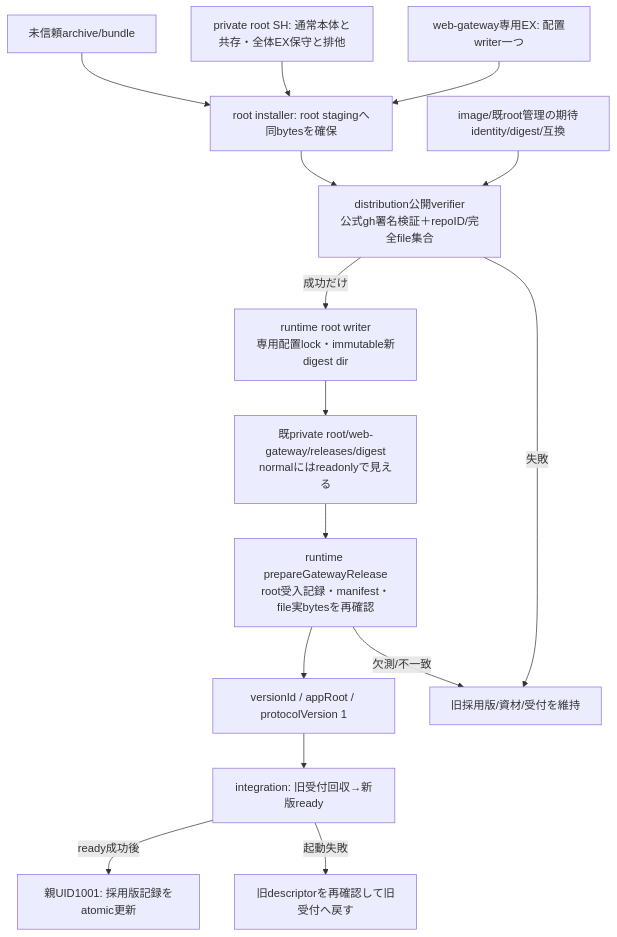
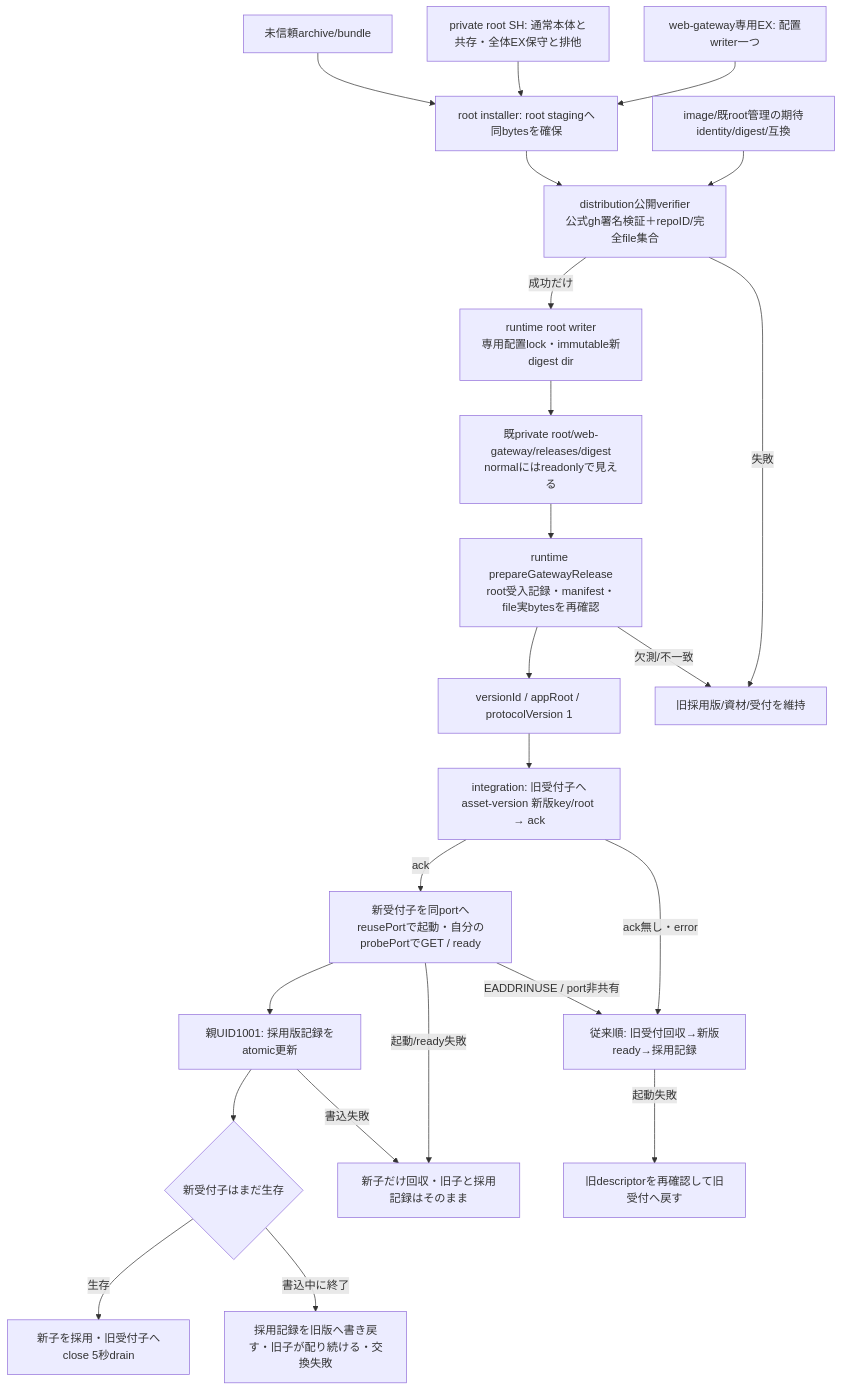
The first of 3 diagrams in docs/architecture/modules/runtime/web-gateway-release.md (kitepon/BellTeam), drawn with Mermaid before and after one commit. The commit also changed other lines of this file and 3 other files, not shown here.

````diff
--- a/docs/architecture/modules/runtime/web-gateway-release.md
+++ b/docs/architecture/modules/runtime/web-gateway-release.md
@@ -5,17 +5,25 @@
 ```mermaid
 flowchart TD
   Untrusted[未信頼archive/bundle] --> Snapshot[root installer: root stagingへ同bytesを確保]
   Policy[image/既root管理の期待identity/digest/互換] --> Verify[distribution公開verifier<br/>公式gh署名検証＋repoID/完全file集合]
   Snapshot --> Verify
   Shared[private root SH: 通常本体と共存・全体EX保守と排他] --> Snapshot
   Component[web-gateway専用EX: 配置writer一つ] --> Snapshot
   Verify -->|成功だけ| Place[runtime root writer<br/>専用配置lock・immutable新digest dir]
   Place --> Store[既private root/web-gateway/releases/digest<br/>normalにはreadonlyで見える]
   Store --> Prepare[runtime prepareGatewayRelease<br/>root受入記録・manifest・file実bytesを再確認]
   Prepare --> Descriptor[versionId / appRoot / protocolVersion 1]
-  Descriptor --> Switch[integration: 旧受付回収→新版ready]
-  Switch -->|ready成功後| Adopt[親UID1001: 採用版記録をatomic更新]
-  Switch -->|起動失敗| Previous[旧descriptorを再確認して旧受付へ戻す]
+  Descriptor --> Share[integration: 旧受付子へasset-version 新版key/root → ack]
+  Share -->|ack| Ready[新受付子を同portへreusePortで起動・自分のprobePortでGET / ready]
+  Ready --> Adopt[親UID1001: 採用版記録をatomic更新]
+  Adopt --> Alive{新受付子はまだ生存}
+  Alive -->|生存| Commit[新子を採用・旧受付子へclose 5秒drain]
+  Alive -->|書込中に終了| Restore[採用記録を旧版へ書き戻す・旧子が配り続ける・交換失敗]
+  Ready -->|起動/ready失敗| KeepOld[新子だけ回収・旧子と採用記録はそのまま]
+  Adopt -->|書込失敗| KeepOld
+  Share -->|ack無し・error| Fallback[従来順: 旧受付回収→新版ready→採用記録]
+  Ready -->|EADDRINUSE / port非共有| Fallback
+  Fallback -->|起動失敗| Previous[旧descriptorを再確認して旧受付へ戻す]
   Verify -->|失敗| Keep[旧採用版/資材/受付を維持]
   Prepare -->|欠測/不一致| Keep
 ```
````
